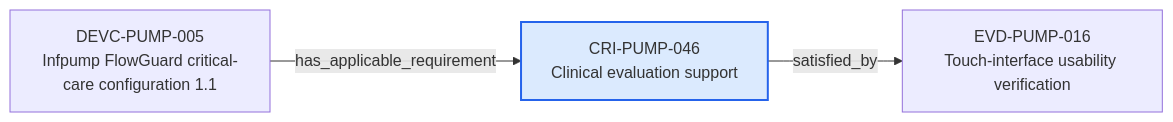
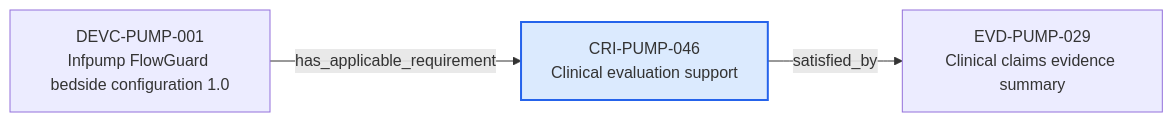
One commit to mvattulainen/mdrontology changed the diagram in content/06-Infpump FlowGuard ontology notes/compliance-requirement-instance/CRI-PUMP-046-clinical-evaluation-support.md. Above: the diagram before and after it, drawn with Mermaid. The commit also changed other lines of this file and 321 other files, not shown here.

Commit message:
Implement Mermaid ontology audit findings

````diff
--- a/content/06-Infpump FlowGuard ontology notes/compliance-requirement-instance/CRI-PUMP-046-clinical-evaluation-support.md
+++ b/content/06-Infpump FlowGuard ontology notes/compliance-requirement-instance/CRI-PUMP-046-clinical-evaluation-support.md
@@ -85,10 +87,10 @@
 ```mermaid
 flowchart LR
   CURRENT["CRI-PUMP-046<br/>Clinical evaluation support"]
-  PREV0["DEVC-PUMP-005<br/>Infpump FlowGuard critical-care configuration 1.1"]
+  PREV0["DEVC-PUMP-001<br/>Infpump FlowGuard bedside configuration 1.0"]
   PREV0 -->|"has_applicable_requirement"| CURRENT
-  NEXT0["EVD-PUMP-016<br/>Touch-interface usability verification"]
+  NEXT0["EVD-PUMP-029<br/>Clinical claims evidence summary"]
   CURRENT -->|"satisfied_by"| NEXT0
   classDef current fill:#dbeafe,stroke:#2563eb,stroke-width:2px
   class CURRENT current
 ```
````
